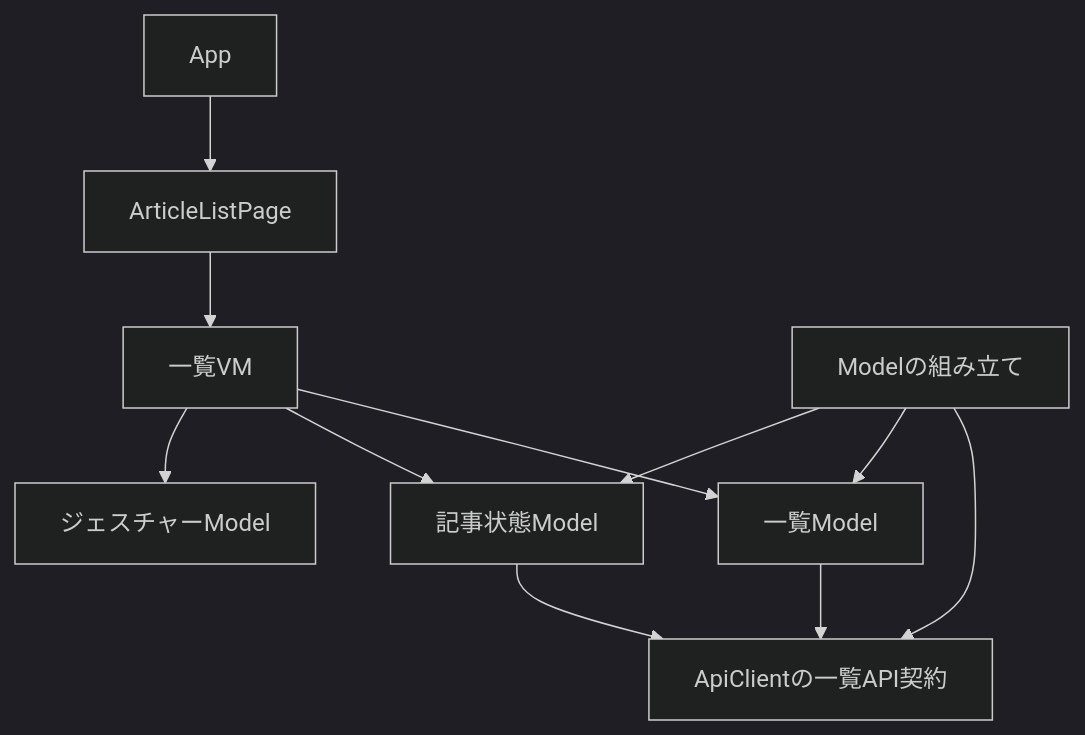
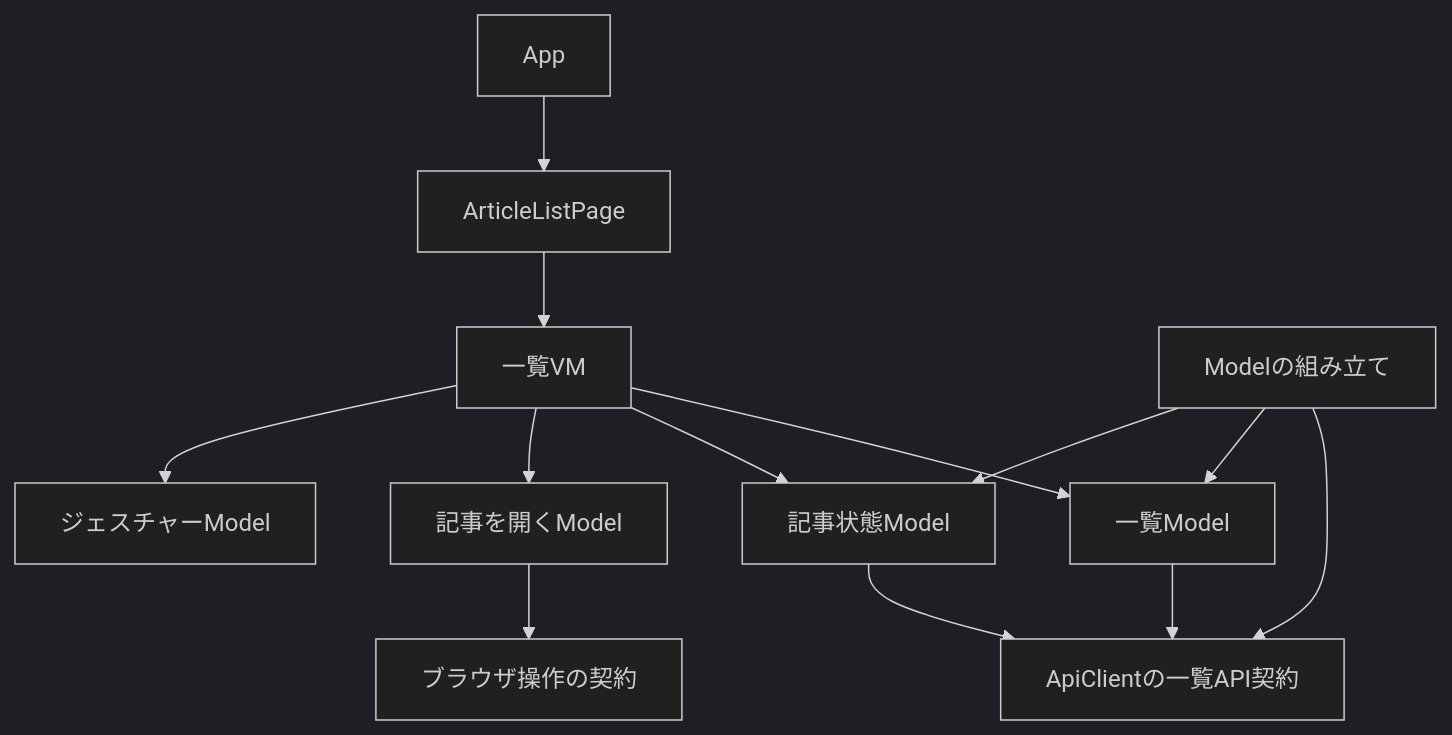
One commit to BeppuKanato/it-discovery changed the first of 4 diagrams in docs/frontend-architecture.md. Above: the diagram before and after it, drawn with Mermaid (dark theme). The commit also changed other lines of this file and 8 other files, not shown here.

````diff
--- a/docs/frontend-architecture.md
+++ b/docs/frontend-architecture.md
@@ -25,13 +26,15 @@
 ```mermaid
 flowchart TB
   App[App] --> Page[ArticleListPage]
   Page --> VM[一覧VM]
   VM --> List[一覧Model]
   VM --> State[記事状態Model]
+  VM --> Opening[記事を開くModel]
+  Opening --> Browser[ブラウザ操作の契約]
   VM --> Gesture[ジェスチャーModel]
   List --> API[ApiClientの一覧API契約]
   State --> API
   Factory[Modelの組み立て] --> API
   Factory --> List
   Factory --> State
 ```
````
